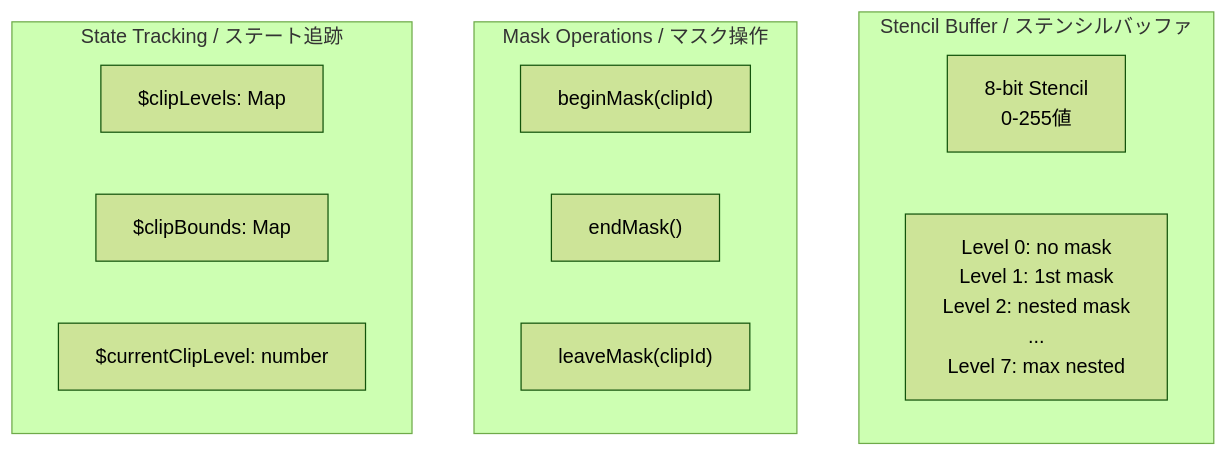
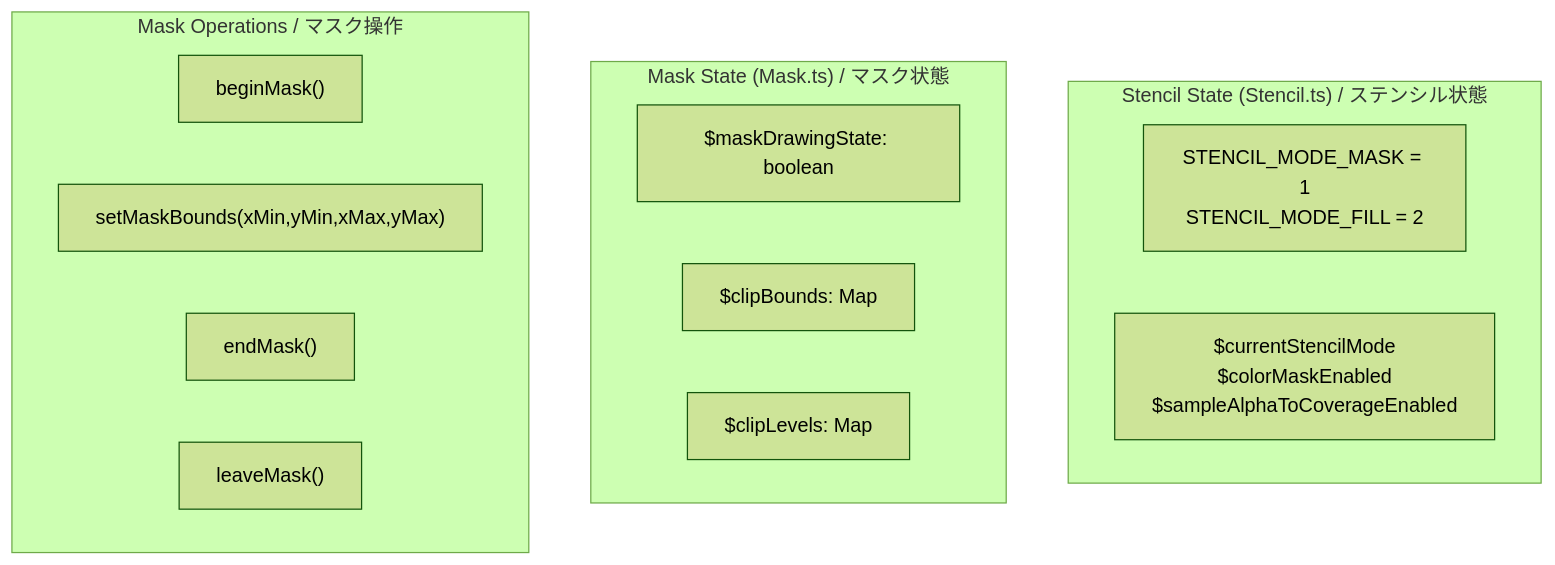
One commit to Next2D/player changed diagram 19 of 37 in packages/webgl/RENDERING_FLOW.md. Above: the diagram before and after it, drawn with Mermaid (forest theme). The commit also changed other lines of this file, not shown here.

````diff
--- a/packages/webgl/RENDERING_FLOW.md
+++ b/packages/webgl/RENDERING_FLOW.md
@@ -832,19 +929,20 @@
 ```mermaid
 flowchart TB
-    subgraph "Stencil Buffer / ステンシルバッファ"
-        STENCIL["8-bit Stencil<br/>0-255値"]
-        LEVELS["Level 0: no mask<br/>Level 1: 1st mask<br/>Level 2: nested mask<br/>...<br/>Level 7: max nested"]
+    subgraph "Stencil State (Stencil.ts) / ステンシル状態"
+        MODES["STENCIL_MODE_MASK = 1<br/>STENCIL_MODE_FILL = 2"]
+        STATE["$currentStencilMode<br/>$colorMaskEnabled<br/>$sampleAlphaToCoverageEnabled"]
+    end
+
+    subgraph "Mask State (Mask.ts) / マスク状態"
+        DRAWING["$maskDrawingState: boolean"]
+        BOUNDS["$clipBounds: Map<number, Float32Array>"]
+        LEVELS["$clipLevels: Map<number, number>"]
     end
 
     subgraph "Mask Operations / マスク操作"
-        BEGIN["beginMask(clipId)"]
+        BEGIN["beginMask()"]
+        SET_BOUNDS["setMaskBounds(xMin,yMin,xMax,yMax)"]
         END["endMask()"]
-        LEAVE["leaveMask(clipId)"]
-    end
-
-    subgraph "State Tracking / ステート追跡"
-        CLIP_LEVELS["$clipLevels: Map<clipId, level>"]
-        CLIP_BOUNDS["$clipBounds: Map<level, bounds>"]
-        CURRENT["$currentClipLevel: number"]
+        LEAVE["leaveMask()"]
     end
 ```
````
